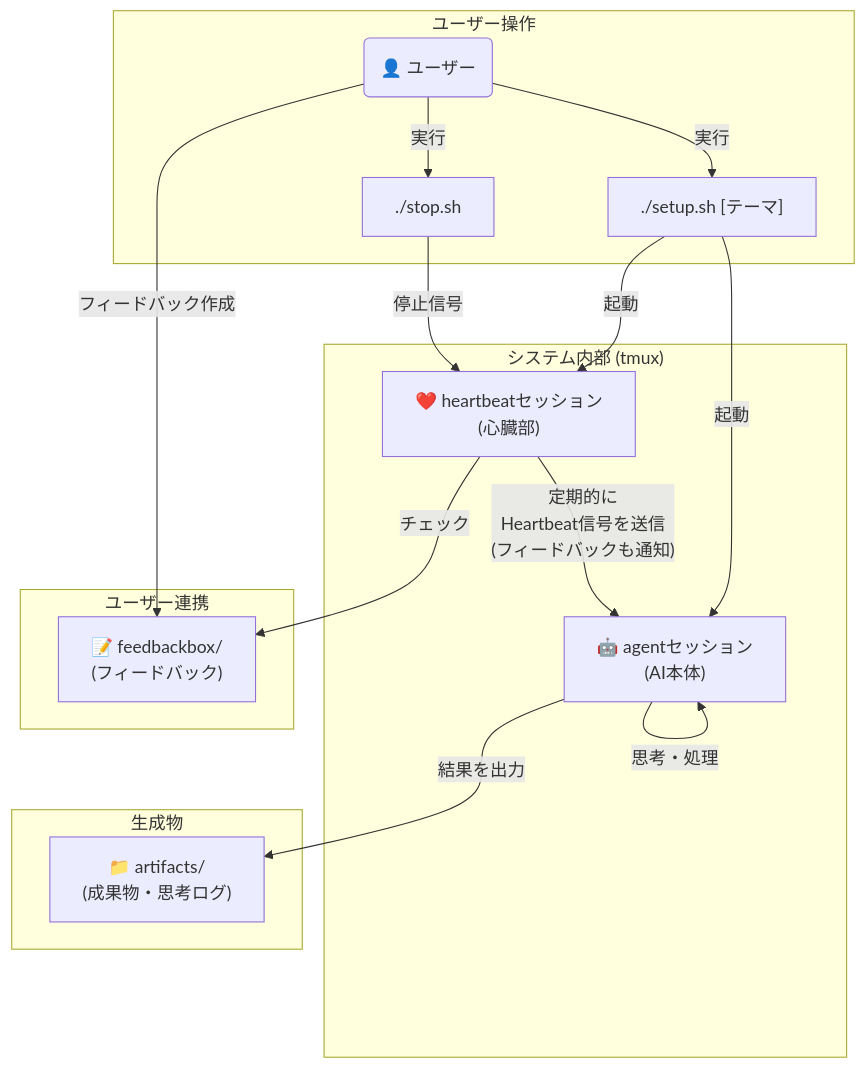
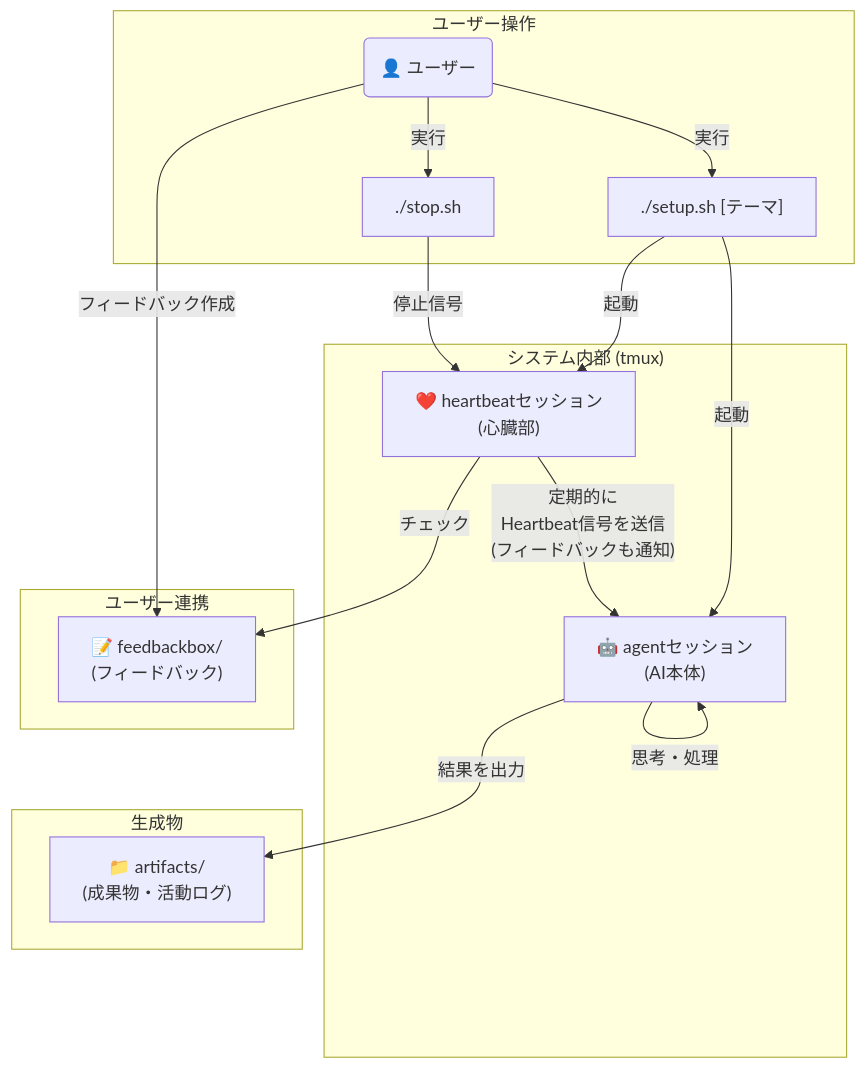
One commit to creating-cat/ai-heartbeat changed the diagram in README.md. Above: the diagram before and after it, drawn with Mermaid. The commit also changed other lines of this file and 9 other files, not shown here.

````diff
--- a/README.md
+++ b/README.md
@@ -27,33 +27,33 @@
 ```mermaid
 graph TD
     subgraph "ユーザー操作"
         User(👤 ユーザー)
         Start["./setup.sh [テーマ]"]
         Stop["./stop.sh"]
     end
 
     subgraph "システム内部 (tmux)"
     Agent["🤖 agentセッション<br>(AI本体)"]
     Heartbeat["❤️ heartbeatセッション<br>(心臓部)"]
 end
 
 subgraph "ユーザー連携"
     Feedbackbox["📝 feedbackbox/<br>(フィードバック)"]
 end
 
 subgraph "生成物"
-    Artifacts["📁 artifacts/ <br>(成果物・思考ログ)"]
+    Artifacts["📁 artifacts/ <br>(成果物・活動ログ)"]
 end
 
 User -- "実行" --> Start
 Start -- "起動" --> Agent
 Start -- "起動" --> Heartbeat
 Heartbeat -- "定期的に<br>Heartbeat信号を送信<br>(フィードバックも通知)" --> Agent
 Agent -- "思考・処理" --> Agent
 Agent -- "結果を出力" --> Artifacts
 User -- "実行" --> Stop
 Stop -- "停止信号" --> Heartbeat
 User -- "フィードバック作成" --> Feedbackbox
 Heartbeat -- "チェック" --> Feedbackbox
 
 ```
````
